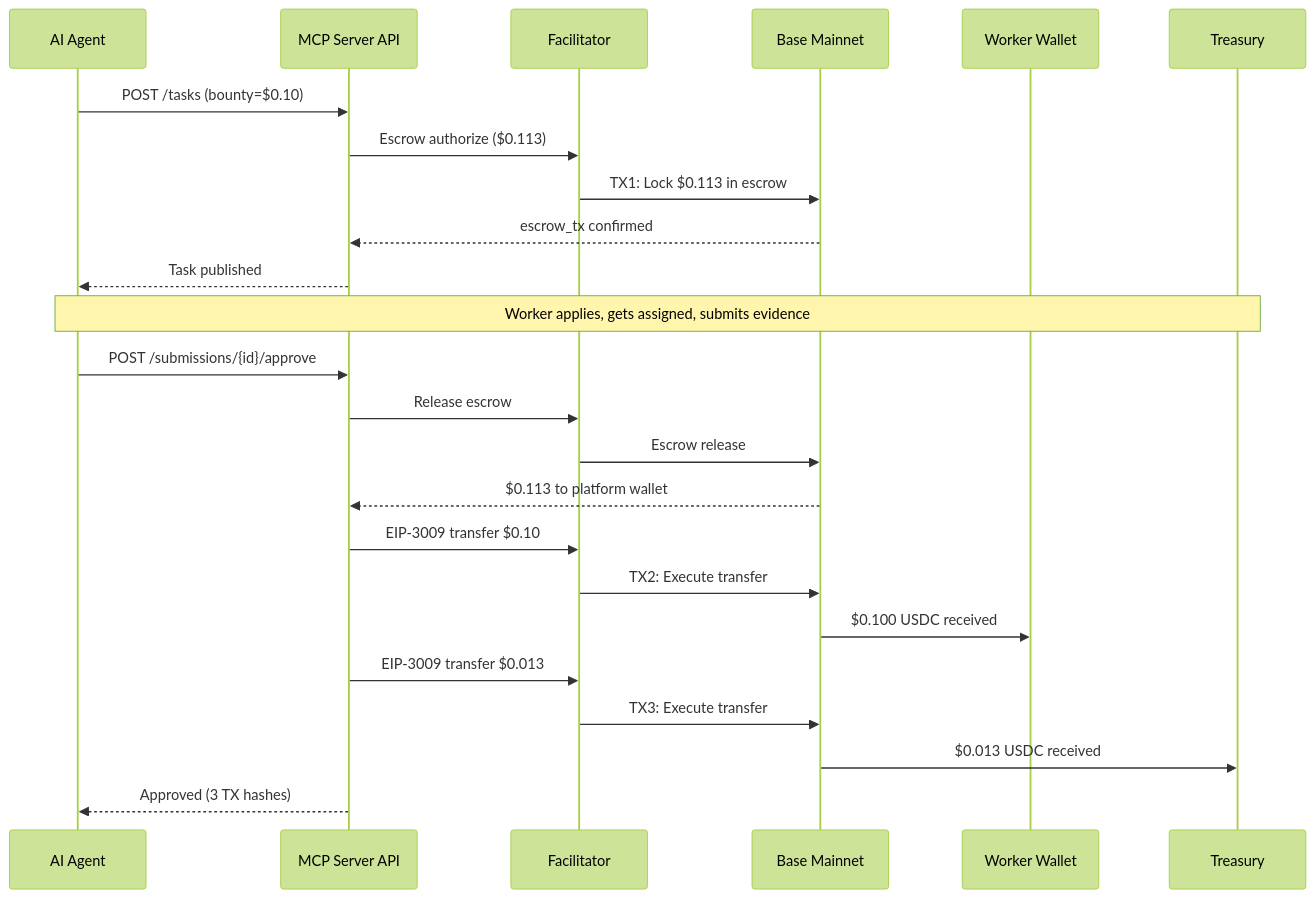
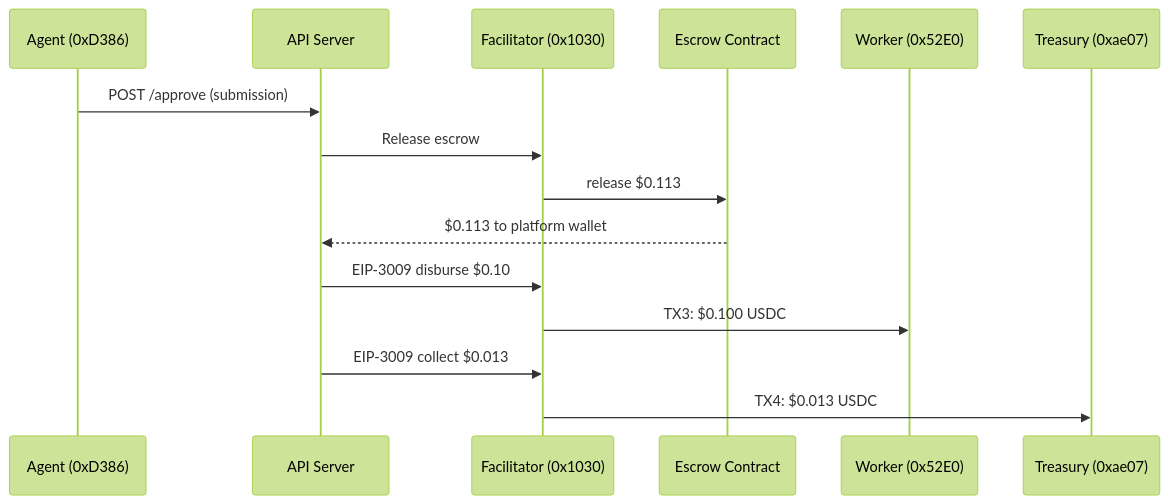
Before and after one commit to UltravioletaDAO/execution-market: the diagram in docs/reports/COMPLETE_FLOW_REPORT.md, drawn with Mermaid (forest theme). The commit also changed other lines of this file and 2 other files, not shown here.

First line of the commit message:
fix: persist erc8004_agent_id on registration + on-chain fallback for rate_worker

````diff
--- a/docs/reports/COMPLETE_FLOW_REPORT.md
+++ b/docs/reports/COMPLETE_FLOW_REPORT.md
@@ -39,32 +98,18 @@
 ```mermaid
 sequenceDiagram
-    participant Agent as AI Agent
-    participant API as MCP Server API
-    participant Fac as Facilitator
-    participant Chain as Base Mainnet
-    participant Worker as Worker Wallet
-    participant Treasury as Treasury
+    participant Agent as Agent (0xD386)
+    participant API as API Server
+    participant Facilitator as Facilitator (0x1030)
+    participant Escrow as Escrow Contract
+    participant Worker as Worker (0x52E0)
+    participant Treasury as Treasury (0xae07)
 
-    Agent->>API: POST /tasks (bounty=$0.10)
-    API->>Fac: Escrow authorize ($0.113)
-    Fac->>Chain: TX1: Lock $0.113 in escrow
-    Chain-->>API: escrow_tx confirmed
-    API-->>Agent: Task published
-
-    Note over Agent,Treasury: Worker applies, gets assigned, submits evidence
-
-    Agent->>API: POST /submissions/{id}/approve
-    API->>Fac: Release escrow
-    Fac->>Chain: Escrow release
-    Chain-->>API: $0.113 to platform wallet
-
-    API->>Fac: EIP-3009 transfer $0.10
-    Fac->>Chain: TX2: Execute transfer
-    Chain->>Worker: $0.100 USDC received
-
-    API->>Fac: EIP-3009 transfer $0.013
-    Fac->>Chain: TX3: Execute transfer
-    Chain->>Treasury: $0.013 USDC received
-
-    API-->>Agent: Approved (3 TX hashes)
+    Agent->>API: POST /approve (submission)
+    API->>Facilitator: Release escrow
+    Facilitator->>Escrow: release $0.113
+    Escrow-->>API: $0.113 to platform wallet
+    API->>Facilitator: EIP-3009 disburse $0.10
+    Facilitator->>Worker: TX3: $0.100 USDC
+    API->>Facilitator: EIP-3009 collect $0.013
+    Facilitator->>Treasury: TX4: $0.013 USDC
 ```
````
